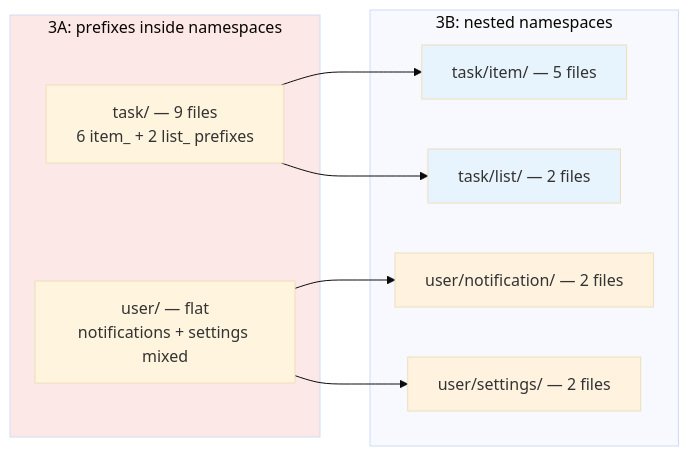
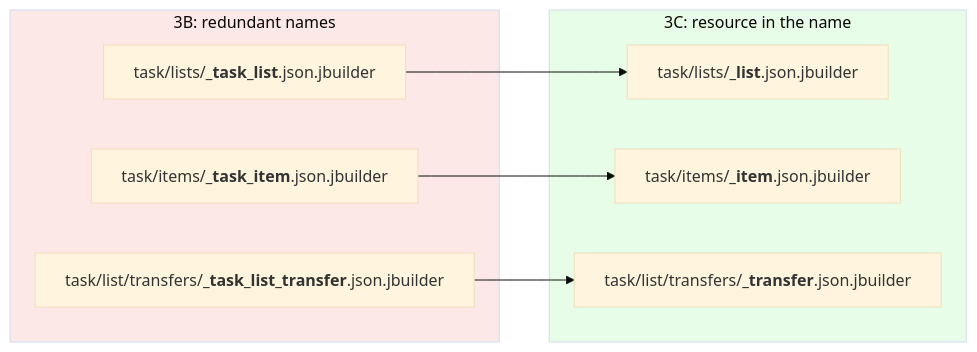
Before and after one commit to railswhey/app: the first of 2 diagrams in README.md, drawn with Mermaid (base theme). The commit also changed other lines of this file and 51 other files, not shown here.

````diff
--- a/README.md
+++ b/README.md
@@ -55,25 +107,21 @@
 ```mermaid
 flowchart LR
-  subgraph Before["3A: prefixes inside namespaces"]
-    TASK1["task/ — 9 files<br/>6 item_ + 2 list_ prefixes"]
-    USER1["user/ — flat<br/>notifications + settings mixed"]
+  subgraph Before["3B: redundant names"]
+    B1["task/lists/<b>_task_list</b>.json.jbuilder"]
+    B2["task/items/<b>_task_item</b>.json.jbuilder"]
+    B3["task/list/transfers/<b>_task_list_transfer</b>.json.jbuilder"]
   end
 
-  subgraph After["3B: nested namespaces"]
-    TI["task/item/ — 5 files"]
-    TL["task/list/ — 2 files"]
-    UN["user/notification/ — 2 files"]
-    US["user/settings/ — 2 files"]
+  subgraph After["3C: resource in the name"]
+    A1["task/lists/<b>_list</b>.json.jbuilder"]
+    A2["task/items/<b>_item</b>.json.jbuilder"]
+    A3["task/list/transfers/<b>_transfer</b>.json.jbuilder"]
   end
 
-  TASK1 --> TI
-  TASK1 --> TL
-  USER1 --> UN
-  USER1 --> US
+  B1 --> A1
+  B2 --> A2
+  B3 --> A3
 
   style Before fill:#fde8e8
-  style TI fill:#e8f4fd
-  style TL fill:#e8f4fd
-  style UN fill:#fff3e0
-  style US fill:#fff3e0
+  style After fill:#e8fde8
 ```
````
